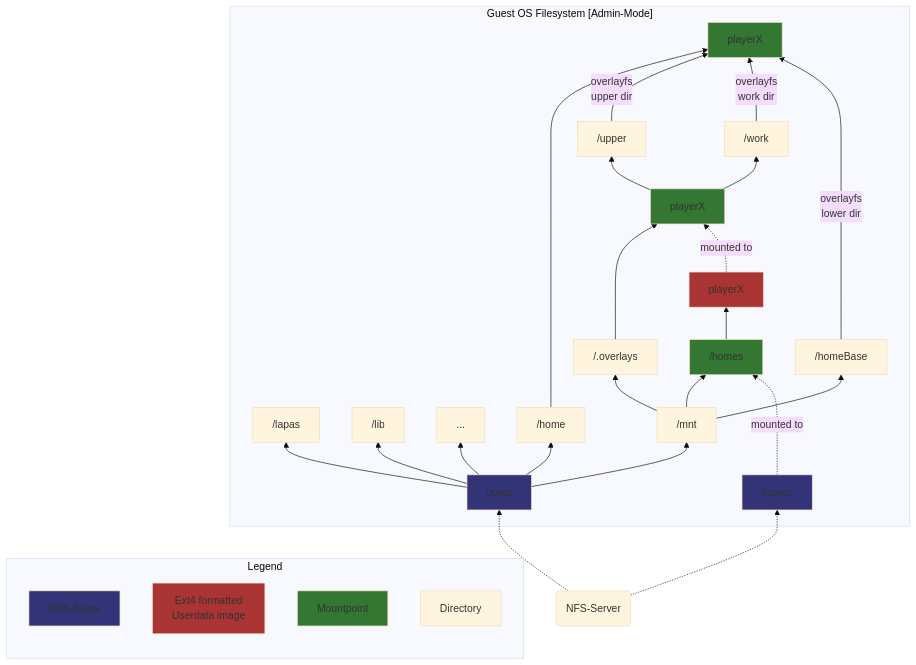
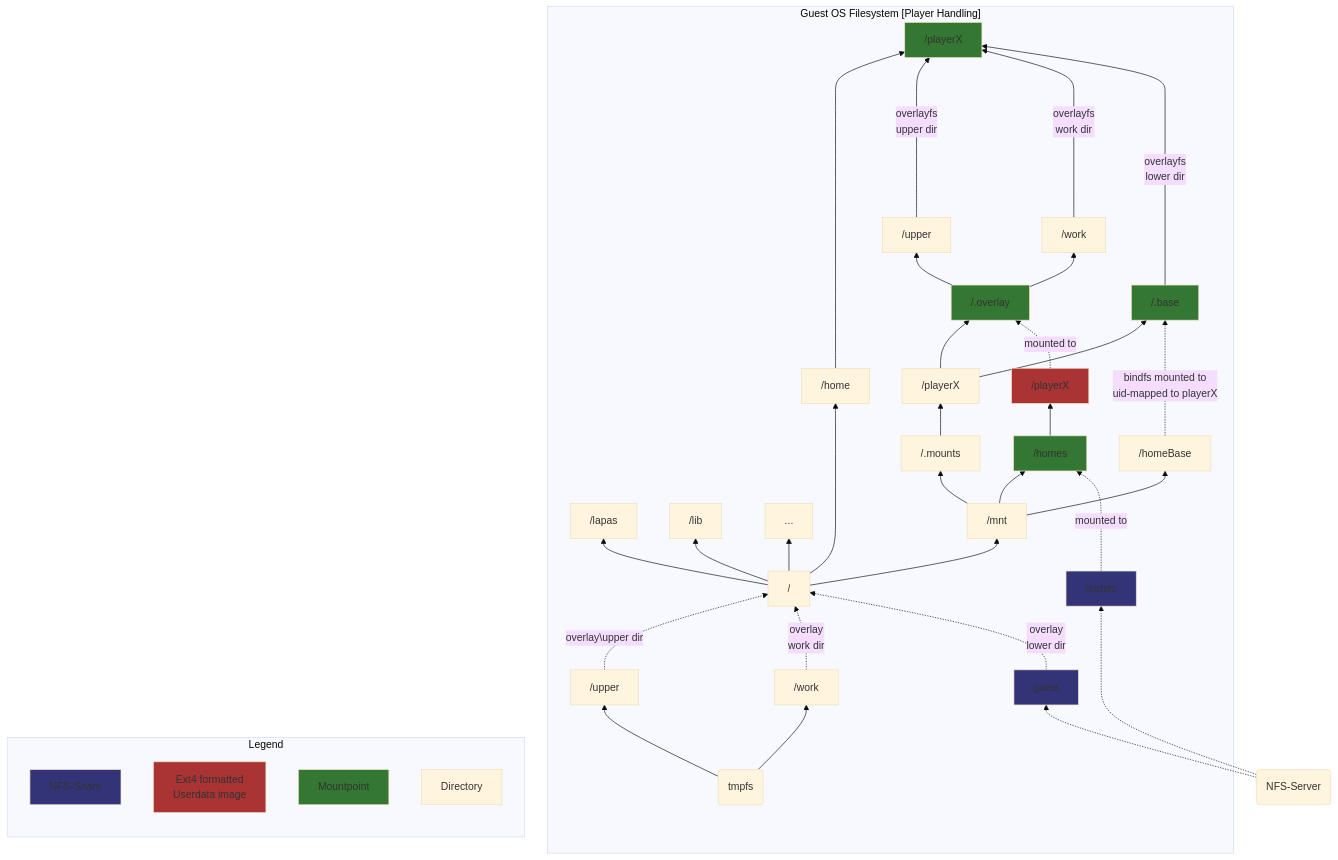
The third of 3 diagrams in README.md (seijikun/lapas), drawn with Mermaid (base theme) before and after one commit. The commit also changed other lines of this file, not shown here.

Commit message:
Fix/Update filesystem architecture documentation
Filesystem architecture changed when I got rid of the uid-hack by
using bindfs-mounting on a per-player basis for homeBase.

````diff
--- a/README.md
+++ b/README.md
@@ -66,43 +78,55 @@
 ```mermaid
 graph BT
     classDef ext4Img fill:#aa3333;
     classDef mountPoint fill:#337733;
     classDef nfsShare fill:#333377;
 
     nfsServer(NFS-Server);
     nfsServer -.-> homes:::nfsShare;
     nfsServer -.-> guest:::nfsShare;
-    subgraph "Guest OS Filesystem [Admin-Mode]"
+    subgraph "Guest OS Filesystem [Player Handling]"
         guest; homes;
-        guest --> guestLapas["/lapas"];
-        guest --> guestLib["/lib"];
-        guest --> guestEtc[...];
-        guest --> guestMnt["/mnt"];
-        guest --> guestHome["/home"];
 
+        guestRoot["/"];
+        guestRootTmpfs(tmpfs);
+        guestRootTmpfs --> guestRootTmpsUpper["/upper"];
+        guestRootTmpfs --> guestRootTmpsWork["/work"];
+        guestRootTmpsUpper -.->|overlay\upper dir| guestRoot;
+        guestRootTmpsWork -.->|overlay\nwork dir| guestRoot;
+        guest -.->|overlay\nlower dir| guestRoot;
+
+        guestRoot --> guestLapas["/lapas"];
+        guestRoot --> guestLib["/lib"];
+        guestRoot --> guestEtc[...];
+        guestRoot --> guestMnt["/mnt"];
+        guestRoot --> guestHome["/home"];
+
+        guestMnt --> guestMntMounts["/.mounts"];
         guestMnt --> guestMntHomes["/homes"]:::mountPoint;
         guestMnt --> guestMntHomeBase["/homeBase"];
-        guestMnt --> guestMntOverlays["/.overlays"];
 
+        guestMntMounts --> guestMntMountsPlayerX["/playerX"];
+        guestMntMountsPlayerX --> guestMntMountsPlayerXOverlay["/.overlay"]:::mountPoint;
+        guestMntMountsPlayerX --> guestMntMountsPlayerXBase["/.base"]:::mountPoint;
+        guestMntHomeBase -..->|bindfs mounted to\nuid-mapped to playerX| guestMntMountsPlayerXBase;
+
+        guestMntMountsPlayerXOverlay --> userHomeUpper["/upper"];
+        guestMntMountsPlayerXOverlay --> userStorageWork["/work"];
+
+        guestHome ------> guestHomePlayerX["/playerX"]:::mountPoint;
         homes -..->|mounted to| guestMntHomes;
-        guestMntHomes --> playerX:::ext4Img;
-        
-        guestMntOverlays ---> guestMntOverlaysPlayerX[playerX]:::mountPoint;
-        guestMntOverlaysPlayerX --> userHomeUpper["/upper"];
-        guestMntOverlaysPlayerX --> userStorageWork["/work"];
+        guestMntHomes --> playerX["/playerX"]:::ext4Img;
 
-        guestHome ------> guestHomePlayerX[playerX]:::mountPoint;
-
-        playerX -.->|mounted to| guestMntOverlaysPlayerX;
+        playerX -.->|mounted to| guestMntMountsPlayerXOverlay;
         userHomeUpper -->|overlayfs\nupper dir| guestHomePlayerX;
         userStorageWork -->|overlayfs\nwork dir| guestHomePlayerX;
-        guestMntHomeBase ----->|overlayfs\nlower dir| guestHomePlayerX;
+        guestMntMountsPlayerXBase ----->|overlayfs\nlower dir| guestHomePlayerX;
     end
 
     subgraph "Legend"
         nfsShare[NFS-Share]:::nfsShare;
         ext4Img[Ext4 formatted\nUserdata image]:::ext4Img;
         mountPoint[Mountpoint]:::mountPoint;
         normalDir[Directory];
     end
 ```
````
